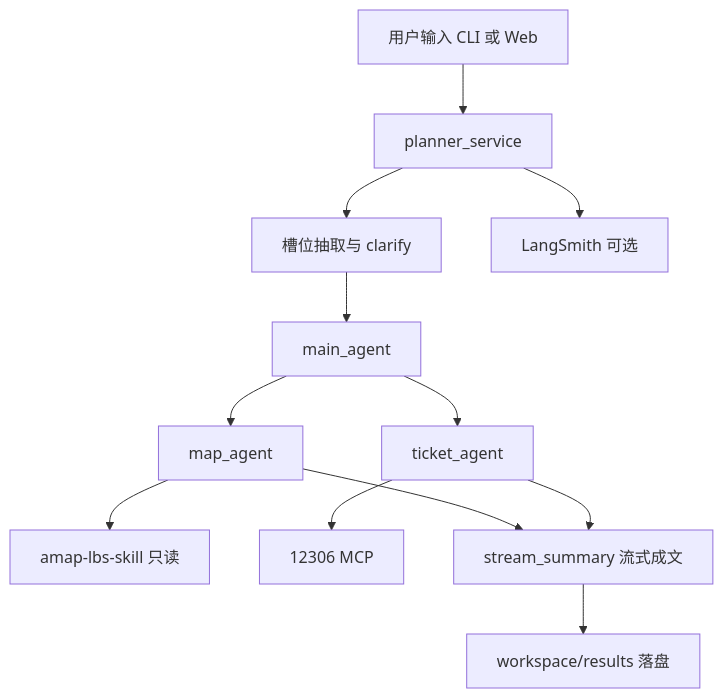
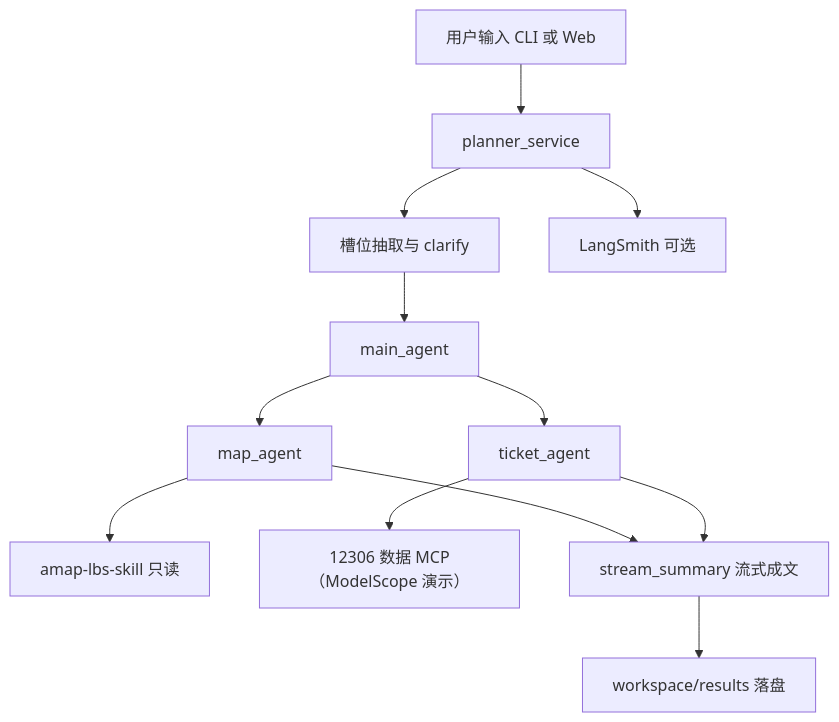
Before and after one commit to gufeng66/luxingguihua: the diagram in README.md, drawn with Mermaid. The commit also changed other lines of this file and 33 other files, not shown here.

````diff
--- a/README.md
+++ b/README.md
@@ -31,14 +33,14 @@
 ```mermaid
 graph TD
     U[用户输入 CLI 或 Web] --> Svc[planner_service]
     Svc --> Hitl[槽位抽取与 clarify]
     Hitl --> M[main_agent]
     M --> A[map_agent]
     M --> B[ticket_agent]
     A --> Skill["amap-lbs-skill 只读"]
-    B --> MCP[12306 MCP]
+    B --> MCP["12306 数据 MCP（ModelScope 演示）"]
     A --> Sum[stream_summary 流式成文]
     B --> Sum
     Sum --> R[workspace/results 落盘]
     Svc --> LS[LangSmith 可选]
 ```
````
